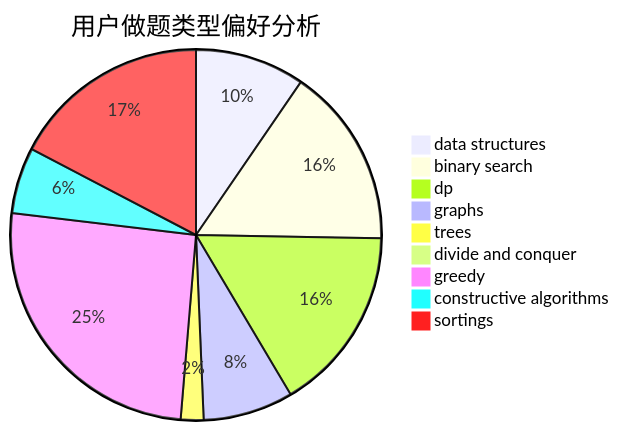
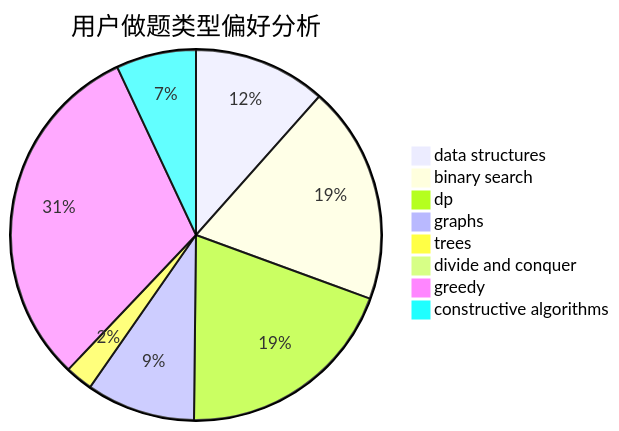
The second of 3 diagrams in docs/user/u2606.md (sherpahu/cfrs.github.io), drawn with Mermaid before and after one commit. The commit also changed other lines of this file and 2769 other files, not shown here.

````diff
--- a/docs/user/u2606.md
+++ b/docs/user/u2606.md
@@ -18,12 +18,11 @@
 ```mermaid
 pie title 用户做题类型偏好分析
     "data structures" :  101
     "binary search" :  166
     "dp" :  171
     "graphs" :  83
     "trees" :  21
     "divide and conquer" :  4
     "greedy" :  270
     "constructive algorithms" :  61
-    "sortings" :  183
 ```
````
